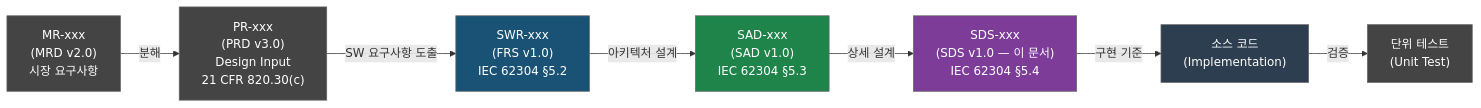
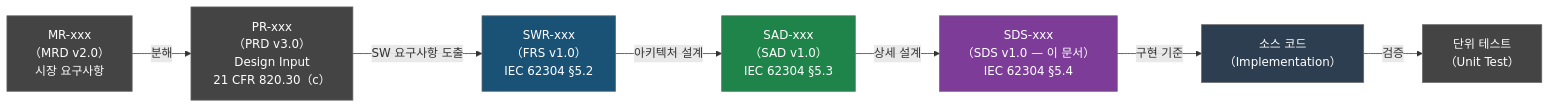
Before and after one commit to holee9/console-gui: the first of 23 diagrams in docs/planning/DOC-007_SDS_v1.0.md, drawn with Mermaid. The commit also changed other lines of this file and 22 other files, not shown here.

First line of the commit message:
fix: Mermaid flowchart 노드 내 괄호 파싱 오류 전면 수정

````diff
--- a/docs/planning/DOC-007_SDS_v1.0.md
+++ b/docs/planning/DOC-007_SDS_v1.0.md
@@ -88,23 +88,23 @@
 ```mermaid
 flowchart LR
-    MRD["MR-xxx\n(MRD v2.0)\n시장 요구사항"]
-    PRD["PR-xxx\n(PRD v3.0)\nDesign Input\n21 CFR 820.30(c)"]
-    FRS["SWR-xxx\n(FRS v1.0)\nIEC 62304 §5.2"]
-    SAD["SAD-xxx\n(SAD v1.0)\nIEC 62304 §5.3"]
-    SDS["SDS-xxx\n(SDS v1.0 — 이 문서)\nIEC 62304 §5.4"]
-    CODE["소스 코드\n(Implementation)"]
-    UT["단위 테스트\n(Unit Test)"]
+    MRD["MR-xxx\n（MRD v2.0）\n시장 요구사항"]
+    PRD["PR-xxx\n（PRD v3.0）\nDesign Input\n21 CFR 820.30（c）"]
+    FRS["SWR-xxx\n（FRS v1.0）\nIEC 62304 §5.2"]
+    SAD["SAD-xxx\n（SAD v1.0）\nIEC 62304 §5.3"]
+    SDS["SDS-xxx\n（SDS v1.0 — 이 문서）\nIEC 62304 §5.4"]
+    CODE["소스 코드\n（Implementation）"]
+    UT["단위 테스트\n（Unit Test）"]
 
     MRD -->|분해| PRD
     PRD -->|SW 요구사항 도출| FRS
     FRS -->|아키텍처 설계| SAD
     SAD -->|상세 설계| SDS
     SDS -->|구현 기준| CODE
     CODE -->|검증| UT
 
     classDef default fill:#444,stroke:#666,color:#fff
     style SDS fill:#7d3c98,color:#fff
     style SAD fill:#1e8449,color:#fff
     style FRS fill:#1a5276,color:#fff
     style CODE fill:#2c3e50,color:#fff
 ```
````
